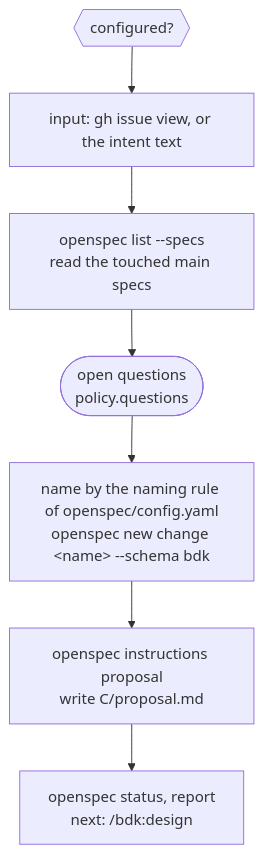
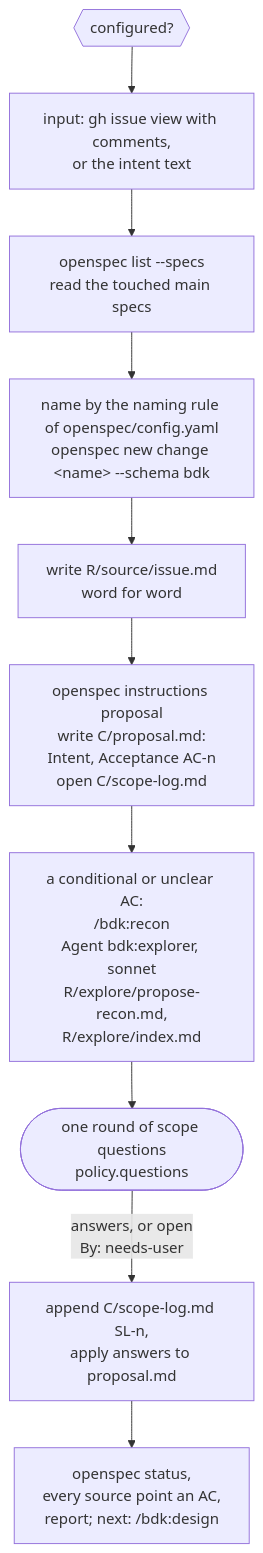
Before and after one commit to broneq/bdk: the second of 15 diagrams in docs/concepts/orchestrators.md, drawn with Mermaid. The commit also changed other lines of this file and 117 other files, not shown here.

````diff
--- a/docs/concepts/orchestrators.md
+++ b/docs/concepts/orchestrators.md
@@ -29,9 +29,12 @@
 ```mermaid
 flowchart TB
-  P1{{"configured?"}} --> P2["input: gh issue view, or the intent text"]
+  P1{{"configured?"}} --> P2["input: gh issue view with comments,<br/>or the intent text"]
   P2 --> P3["openspec list --specs<br/>read the touched main specs"]
-  P3 --> P4(["open questions<br/>policy.questions"])
-  P4 --> P5["name by the naming rule of openspec/config.yaml<br/>openspec new change &lt;name&gt; --schema bdk"]
-  P5 --> P6["openspec instructions proposal<br/>write C/proposal.md"]
-  P6 --> P7["openspec status, report<br/>next: /bdk:design"]
+  P3 --> P5["name by the naming rule of openspec/config.yaml<br/>openspec new change &lt;name&gt; --schema bdk"]
+  P5 --> P5S["write R/source/issue.md<br/>word for word"]
+  P5S --> P6["openspec instructions proposal<br/>write C/proposal.md:<br/>Intent, Acceptance AC-n<br/>open C/scope-log.md"]
+  P6 --> PR["a conditional or unclear AC:<br/>/bdk:recon<br/>Agent bdk:explorer, sonnet<br/>R/explore/propose-recon.md,<br/>R/explore/index.md"]
+  PR --> P4(["one round of scope questions<br/>policy.questions"])
+  P4 -->|"answers, or open<br/>By: needs-user"| P4L["append C/scope-log.md SL-n,<br/>apply answers to proposal.md"]
+  P4L --> P7["openspec status,<br/>every source point an AC,<br/>report; next: /bdk:design"]
 ```
````
